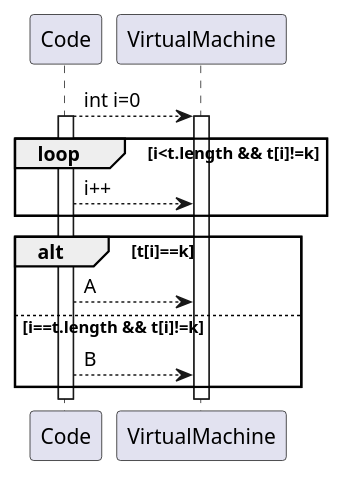
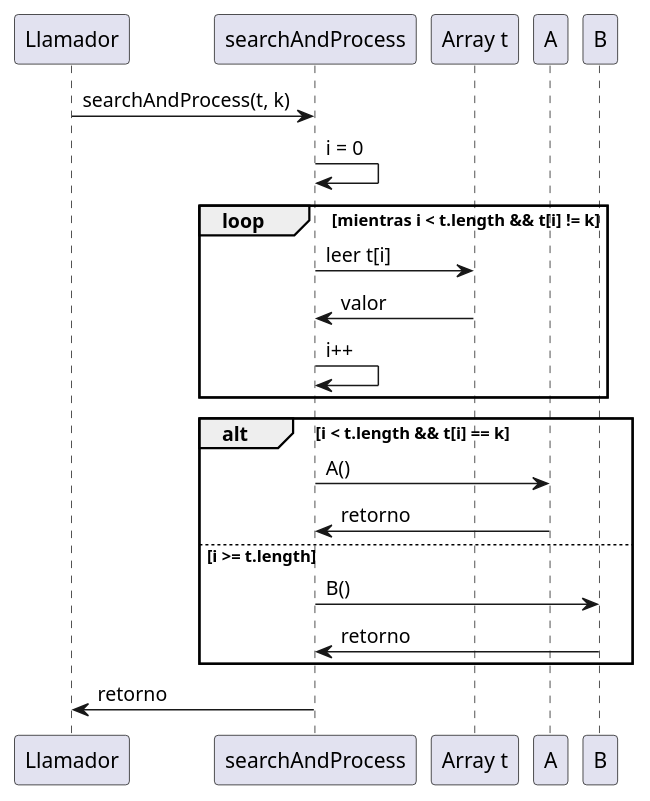
One commit to mmasias/IdSw1 changed the diagram in modelosUML/diagramaSecuencia.puml. Above: the diagram before and after it, drawn with PlantUML. The commit also changed 16 other files, not shown here.

Commit message:
feat: diagramas++

```diff
--- a/modelosUML/diagramaSecuencia.puml
+++ b/modelosUML/diagramaSecuencia.puml
@@ -1,11 +1,23 @@
-Code --> VirtualMachine : int i=0
-activate Code
-activate VirtualMachine
-loop i<t.length && t[i]!=k
-    Code --> VirtualMachine : i++
+@startuml
+participant "Llamador" as C
+participant "searchAndProcess" as S
+participant "Array t" as T
+participant "A" as PA
+participant "B" as PB
+
+C -> S: searchAndProcess(t, k)
+S -> S: i = 0
+loop mientras i < t.length && t[i] != k
+    S -> T: leer t[i]
+    T -> S: valor
+    S -> S: i++
 end
-alt t[i]==k
-    Code --> VirtualMachine : A
-else i==t.length && t[i]!=k
-    Code --> VirtualMachine : B
+alt i < t.length && t[i] == k
+    S -> PA: A()
+    PA -> S: retorno
+else i >= t.length
+    S -> PB: B()
+    PB -> S: retorno
 end
+S -> C: retorno
+@enduml
```
